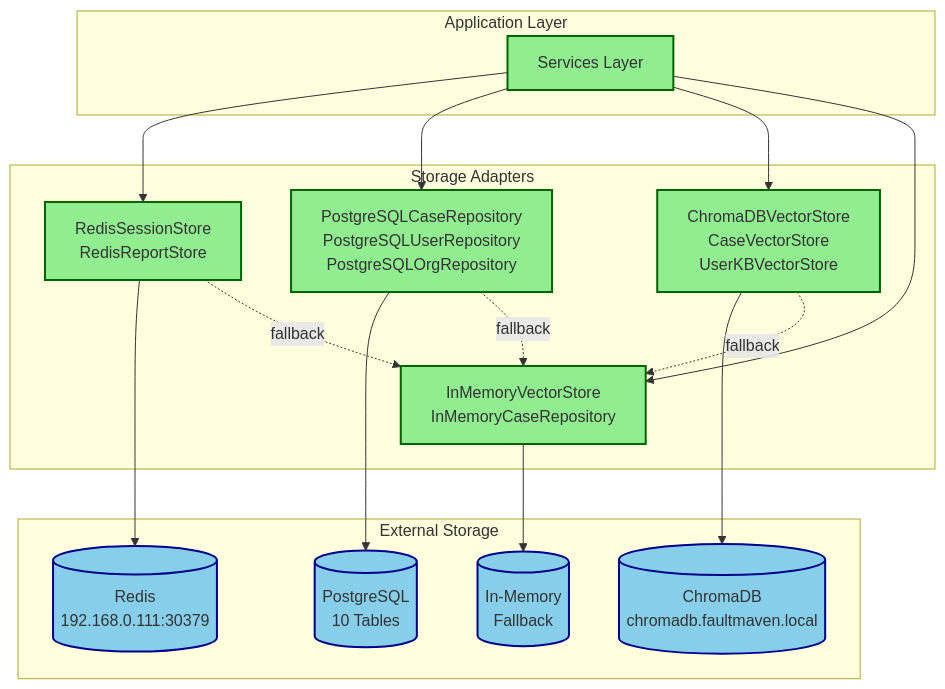
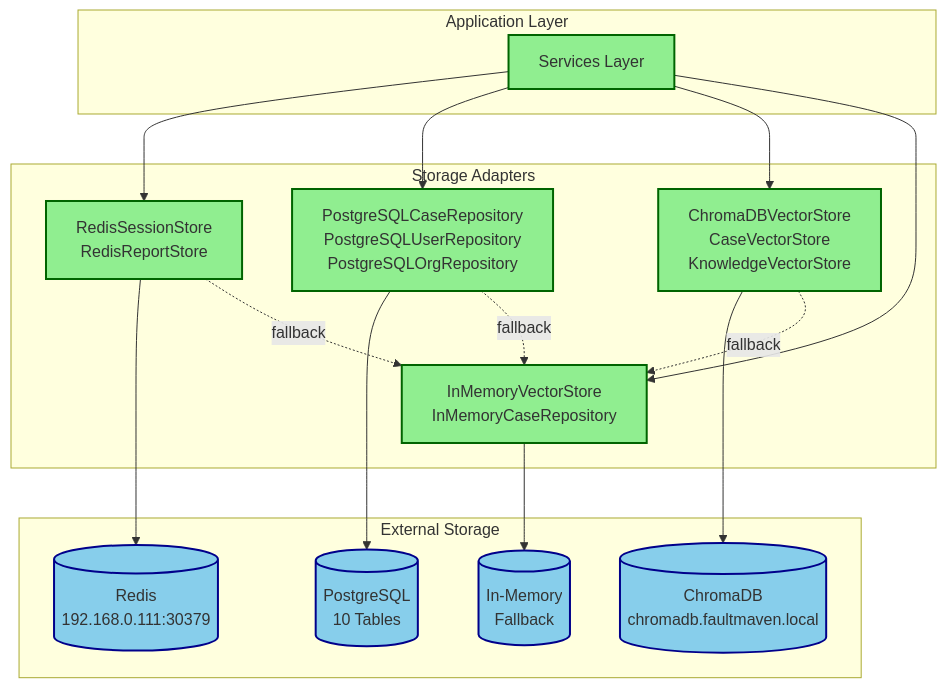
The tenth of 10 diagrams in docs/architecture/core-architecture/system-design-modules.md (FaultMaven/faultmaven), drawn with Mermaid before and after one commit. The commit also changed other lines of this file and 3 other files, not shown here.

First line of the commit message:
docs: align storage docs with unified KB and shared-client architecture

````diff
--- a/docs/architecture/core-architecture/system-design-modules.md
+++ b/docs/architecture/core-architecture/system-design-modules.md
@@ -1311,40 +1310,40 @@
 ```mermaid
 graph TB
     subgraph "Application Layer"
         Services[Services Layer]
     end
 
     subgraph "Storage Adapters"
         Redis_Adapter[RedisSessionStore<br/>RedisReportStore]
         Postgres_Adapter[PostgreSQLCaseRepository<br/>PostgreSQLUserRepository<br/>PostgreSQLOrgRepository]
-        Chroma_Adapter[ChromaDBVectorStore<br/>CaseVectorStore<br/>UserKBVectorStore]
+        Chroma_Adapter[ChromaDBVectorStore<br/>CaseVectorStore<br/>KnowledgeVectorStore]
         InMem_Adapter[InMemoryVectorStore<br/>InMemoryCaseRepository]
     end
 
     subgraph "External Storage"
         Redis[(Redis<br/>192.168.0.111:30379)]
         Postgres[(PostgreSQL<br/>10 Tables)]
         ChromaDB[(ChromaDB<br/>chromadb.faultmaven.local)]
         RAM[(In-Memory<br/>Fallback)]
     end
 
     Services --> Redis_Adapter
     Services --> Postgres_Adapter
     Services --> Chroma_Adapter
     Services --> InMem_Adapter
 
     Redis_Adapter --> Redis
     Postgres_Adapter --> Postgres
     Chroma_Adapter --> ChromaDB
     InMem_Adapter --> RAM
 
     Redis_Adapter -.fallback.-> InMem_Adapter
     Postgres_Adapter -.fallback.-> InMem_Adapter
     Chroma_Adapter -.fallback.-> InMem_Adapter
 
     classDef active fill:#90EE90,stroke:#006400,stroke-width:2px
     classDef external fill:#87CEEB,stroke:#00008B,stroke-width:2px
 
     class Services,Redis_Adapter,Postgres_Adapter,Chroma_Adapter,InMem_Adapter active
     class Redis,Postgres,ChromaDB,RAM external
 ```
````
